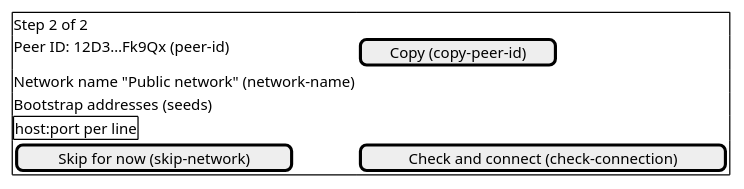
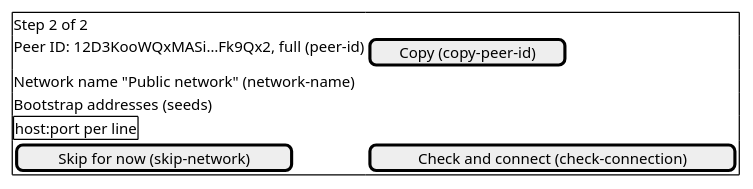
Before and after one commit to abbat/dyapp: the second of 14 diagrams in docs/design/desktop-screens.md, drawn with PlantUML. The commit also changed other lines of this file and 4 other files, not shown here.

````diff
--- a/docs/design/desktop-screens.md
+++ b/docs/design/desktop-screens.md
@@ -35,12 +35,12 @@
 ```plantuml
 @startsalt
 {+
 Step 2 of 2
-Peer ID: 12D3…Fk9Qx (peer-id) | [Copy (copy-peer-id)]
+Peer ID: 12D3KooWQxMASi…Fk9Qx2, full (peer-id) | [Copy (copy-peer-id)]
 Network name "Public network" (network-name)
 Bootstrap addresses (seeds)
 {+ host:port per line }
 [Skip for now (skip-network)] | [Check and connect (check-connection)]
 }
 @endsalt
 ```
````
